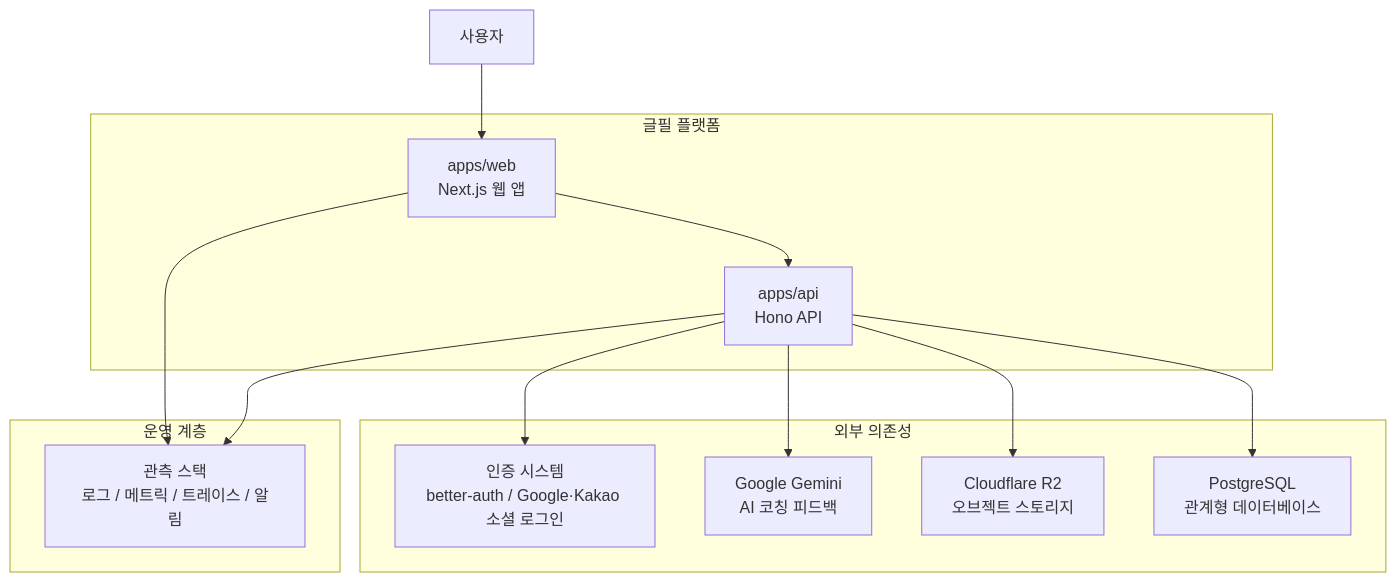
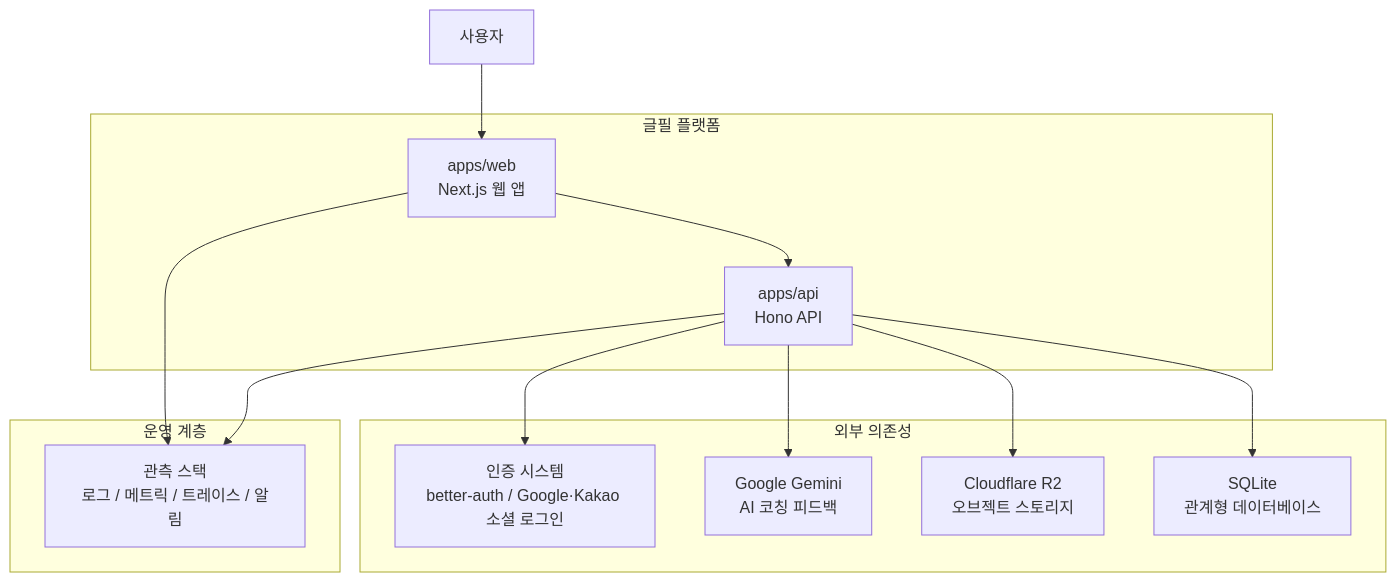
One commit to qaws7791/writing-app changed the diagram in docs/03-architecture/diagrams/system-context.md. Above: the diagram before and after it, drawn with Mermaid. The commit also changed 20 other files, not shown here.

````diff
--- a/docs/03-architecture/diagrams/system-context.md
+++ b/docs/03-architecture/diagrams/system-context.md
@@ -10,29 +10,29 @@
 ```mermaid
 flowchart TB
     user["사용자"]
 
     subgraph platform["글필 플랫폼"]
         web["apps/web<br/>Next.js 웹 앱"]
         api["apps/api<br/>Hono API"]
     end
 
     subgraph dependencies["외부 의존성"]
         auth["인증 시스템<br/>better-auth / Google·Kakao 소셜 로그인"]
         ai["Google Gemini<br/>AI 코칭 피드백"]
         storage["Cloudflare R2<br/>오브젝트 스토리지"]
-        db["PostgreSQL<br/>관계형 데이터베이스"]
+        db["SQLite<br/>관계형 데이터베이스"]
     end
 
     subgraph operations["운영 계층"]
         observability["관측 스택<br/>로그 / 메트릭 / 트레이스 / 알림"]
     end
 
     user --> web
     web --> api
     api --> auth
     api --> ai
     api --> storage
     api --> db
     web --> observability
     api --> observability
 ```
````
